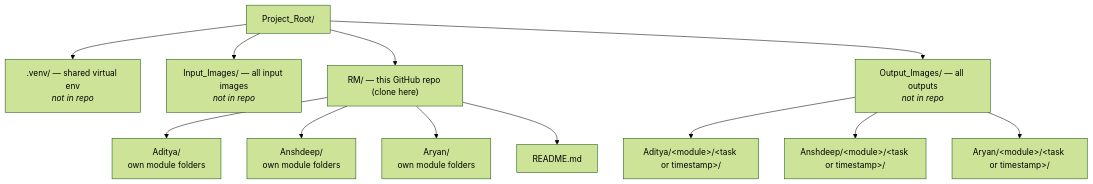
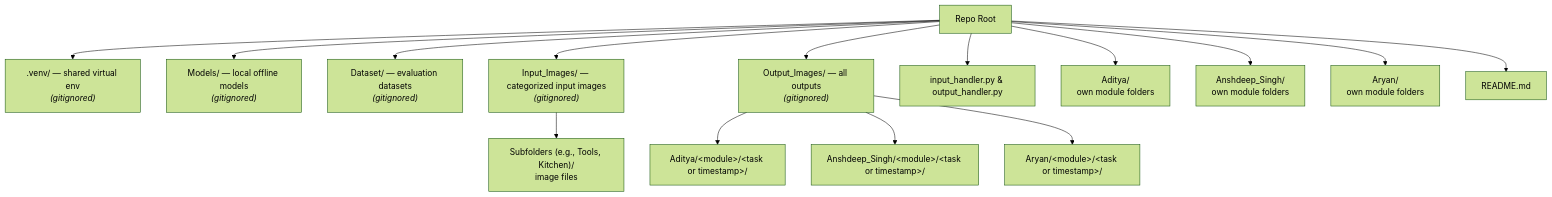
Before and after one commit to AdityaSirsalkar001/Task-Driven-Object-Detection: the diagram in README.md, drawn with Mermaid (forest theme). The commit also changed other lines of this file and 2 other files, not shown here.

Commit message:
Added Output Handler

````diff
--- a/README.md
+++ b/README.md
@@ -40,17 +44,22 @@
 ```mermaid
 flowchart TD
-    Root["Project_Root/"]
-    Root --> Venv[".venv/ — shared virtual env<br/><i>not in repo</i>"]
-    Root --> Input["Input_Images/ — all input images<br/><i>not in repo</i>"]
-    Root --> RM["RM/ — this GitHub repo (clone here)"]
-    Root --> Output["Output_Images/ — all outputs<br/><i>not in repo</i>"]
+    ROOT["Repo Root"]
+    ROOT --> Venv[".venv/ — shared virtual env<br/><i>(gitignored)</i>"]
+    ROOT --> Models["Models/ — local offline models<br/><i>(gitignored)</i>"]
+    ROOT --> Dataset["Dataset/ — evaluation datasets<br/><i>(gitignored)</i>"]
 
-    RM --> A["Aditya/<br/>own module folders"]
-    RM --> B["Anshdeep/<br/>own module folders"]
-    RM --> C["Aryan/<br/>own module folders"]
-    RM --> D["README.md"]
+    ROOT --> Input["Input_Images/ — categorized input images<br/><i>(gitignored)</i>"]
+    Input --> SubInput["Subfolders (e.g., Tools, Kitchen)/<br/>image files"]
 
+    ROOT --> Output["Output_Images/ — all outputs<br/><i>(gitignored)</i>"]
     Output --> OA["Aditya/&lt;module&gt;/&lt;task or timestamp&gt;/"]
-    Output --> OB["Anshdeep/&lt;module&gt;/&lt;task or timestamp&gt;/"]
+    Output --> OB["Anshdeep_Singh/&lt;module&gt;/&lt;task or timestamp&gt;/"]
     Output --> OC["Aryan/&lt;module&gt;/&lt;task or timestamp&gt;/"]
+
+    ROOT --> Handlers["input_handler.py & output_handler.py"]
+
+    ROOT --> A["Aditya/<br/>own module folders"]
+    ROOT --> B["Anshdeep_Singh/<br/>own module folders"]
+    ROOT --> C["Aryan/<br/>own module folders"]
+    ROOT --> D["README.md"]
 ```
````
